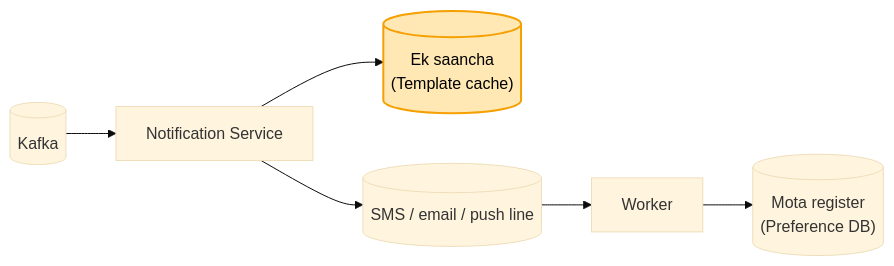
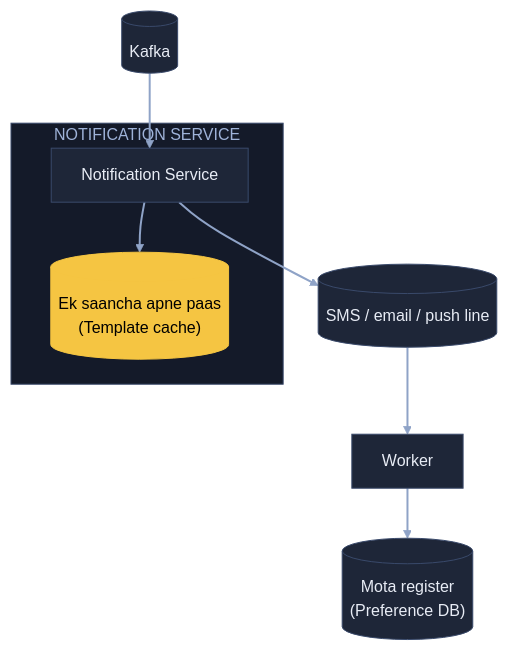
One commit to ArpanMaheshwari144/Prep changed the ninth of 9 diagrams in 04_HLD/SYSTEM_DESIGNS/04_notification_system/04_notification_system.md. Above: the diagram before and after it, drawn with Mermaid (base theme). The commit also changed other lines of this file, not shown here.

Commit message:
Notification: 9 diagram YouTube (reel) wale card andaaz me

````diff
--- a/04_HLD/SYSTEM_DESIGNS/04_notification_system/04_notification_system.md
+++ b/04_HLD/SYSTEM_DESIGNS/04_notification_system/04_notification_system.md
@@ -244,9 +342,22 @@
 ```mermaid
-flowchart LR
-    K[("Kafka")] --> N["Notification Service"]
-    N --> TC[("Ek saancha<br/>(Template cache)")]
-    N --> L[("SMS / email / push line")]
-    L --> W["Worker"]
-    W --> PD[("Mota register<br/>(Preference DB)")]
-    style TC fill:#ffe8b3,stroke:#f59f00,stroke-width:2px,color:#000
+flowchart TB
+    K[("Kafka")]:::card
+    subgraph NS["NOTIFICATION SERVICE"]
+        N["Notification Service"]:::card
+        TC[("Ek saancha apne paas<br/>(Template cache)")]:::pill
+    end
+    L[("SMS / email / push line")]:::card
+    W["Worker"]:::card
+    PD[("Mota register<br/>(Preference DB)")]:::card
+    K --> N
+    N --> TC
+    N --> L
+    L --> W
+    W --> PD
+    linkStyle default stroke:#8fa3c7,stroke-width:2px
+    classDef card fill:#1e2638,stroke:#3a4a6b,color:#e8ecf5
+    classDef pill fill:#f5c542,stroke:#f5c542,color:#000
+    classDef good fill:#2e7d4f,stroke:#3fbf6f,color:#fff
+    classDef bad fill:#5c1f24,stroke:#e05561,color:#fff
+    style NS fill:#141a29,stroke:#3a4a6b,color:#9fb3d9
 ```
````
